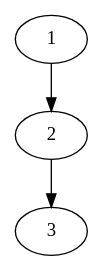
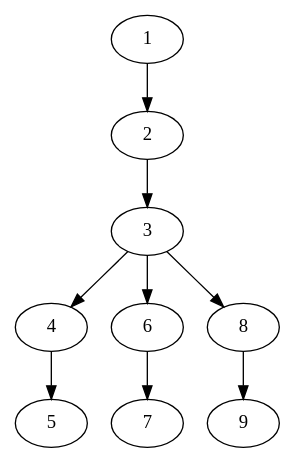
The diagram in caspian/src/ast_stuff.dot (Ajax12345/caspian-lang), drawn with Graphviz before and after one commit. The commit also changed 3 other files, not shown here.

```diff
--- a/caspian/src/ast_stuff.dot
+++ b/caspian/src/ast_stuff.dot
@@ -1,4 +1,10 @@
 strict digraph "" {
 	1 -> 2;
 	2 -> 3;
+	3 -> 4;
+	3 -> 6;
+	3 -> 8;
+	4 -> 5;
+	6 -> 7;
+	8 -> 9;
 }
```
